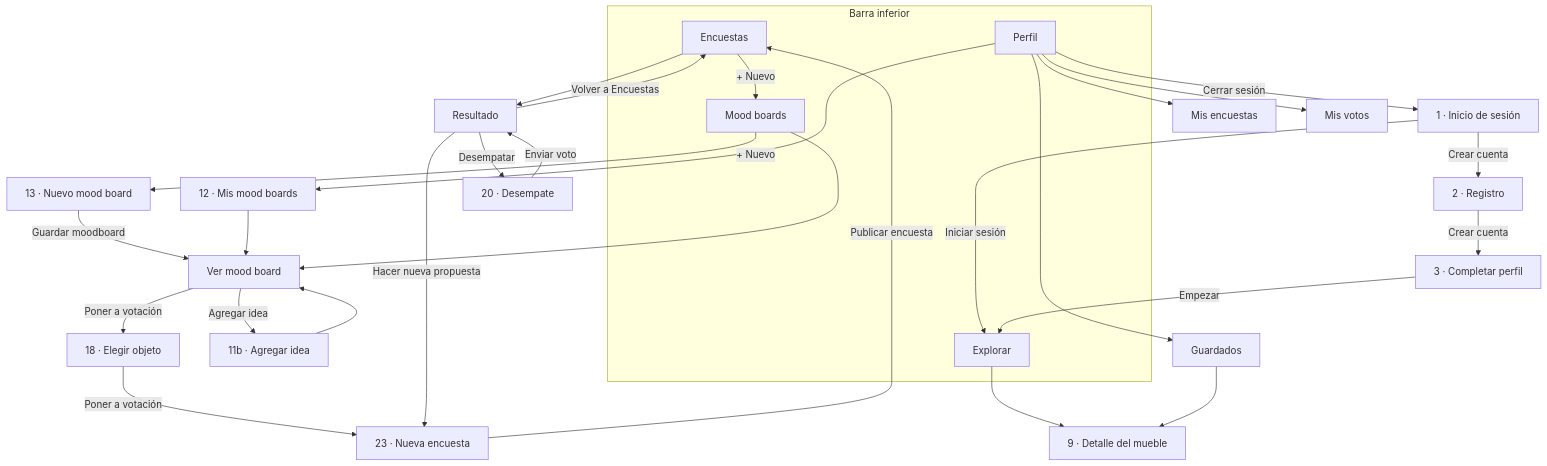
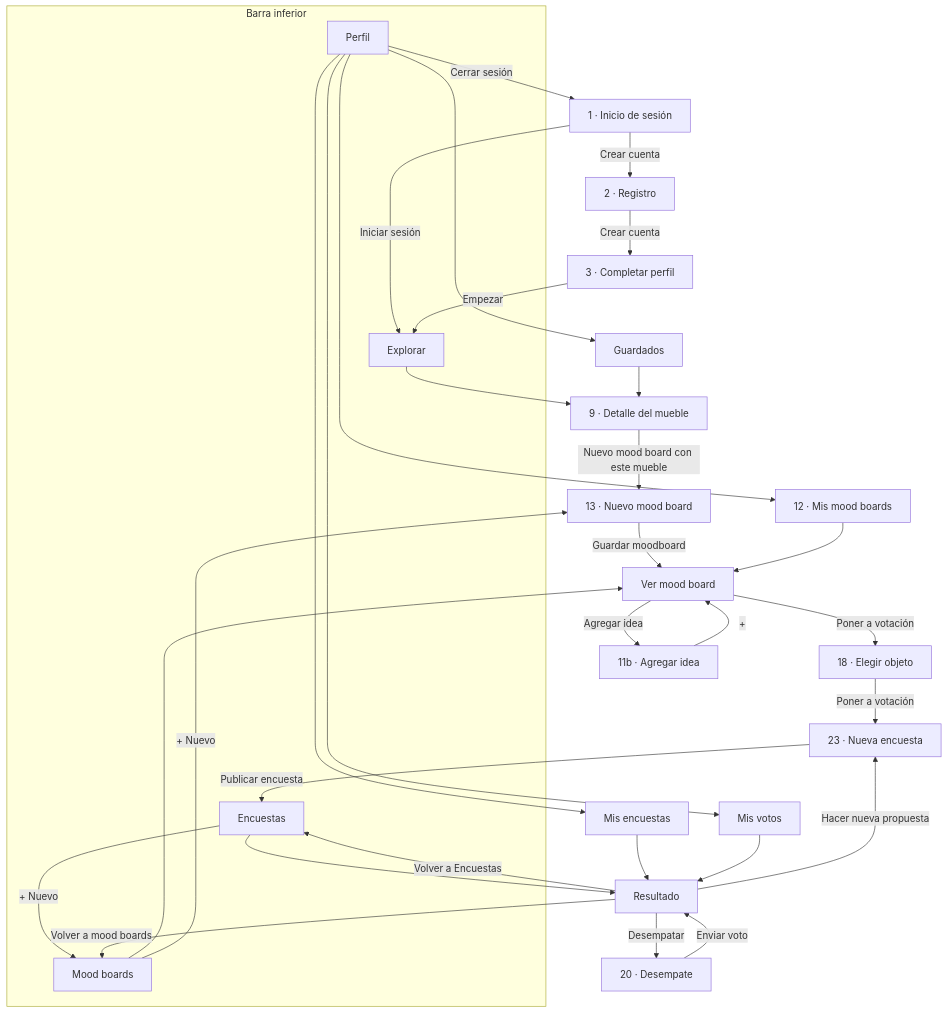
Before and after one commit to quijanooluc1a-spec/ColivingApp: the diagram in GUIA.md, drawn with Mermaid. The commit also changed other lines of this file and 79 other files, not shown here.

````diff
--- a/GUIA.md
+++ b/GUIA.md
@@ -217,37 +282,41 @@
 ```mermaid
 flowchart TD
   Login["1 · Inicio de sesión"] -->|Crear cuenta| Registro["2 · Registro"]
   Registro -->|Crear cuenta| Completar["3 · Completar perfil"]
   Login -->|Iniciar sesión| Explorar
   Completar -->|Empezar| Explorar
 
   subgraph Barra["Barra inferior"]
     Explorar["Explorar"]
     Encuestas["Encuestas"]
     Moodboards["Mood boards"]
     Perfil["Perfil"]
   end
 
   Explorar --> Detalle["9 · Detalle del mueble"]
+  Detalle -->|Nuevo mood board con este mueble| NuevoMB
   Moodboards --> VerMB["Ver mood board"]
   Moodboards -->|+ Nuevo| NuevoMB["13 · Nuevo mood board"]
   NuevoMB -->|Guardar moodboard| VerMB
   VerMB -->|Agregar idea| AgregarIdea["11b · Agregar idea"]
-  AgregarIdea --> VerMB
+  AgregarIdea -->|+| VerMB
   VerMB -->|Poner a votación| Elegir["18 · Elegir objeto"]
   Elegir -->|Poner a votación| NuevaEnc["23 · Nueva encuesta"]
   NuevaEnc -->|Publicar encuesta| Encuestas
   Encuestas -->|+ Nuevo| Moodboards
   Encuestas --> Resultado["Resultado"]
   Resultado -->|Desempatar| Desempate["20 · Desempate"]
   Desempate -->|Enviar voto| Resultado
   Resultado -->|Hacer nueva propuesta| NuevaEnc
   Resultado -->|Volver a Encuestas| Encuestas
+  Resultado -->|Volver a mood boards| Moodboards
   Perfil --> MisMB["12 · Mis mood boards"]
   Perfil --> Guardados["Guardados"]
   Perfil --> MisEnc["Mis encuestas"]
   Perfil --> MisVotos["Mis votos"]
   Perfil -->|Cerrar sesión| Login
   MisMB --> VerMB
   Guardados --> Detalle
+  MisEnc --> Resultado
+  MisVotos --> Resultado
 ```
````
